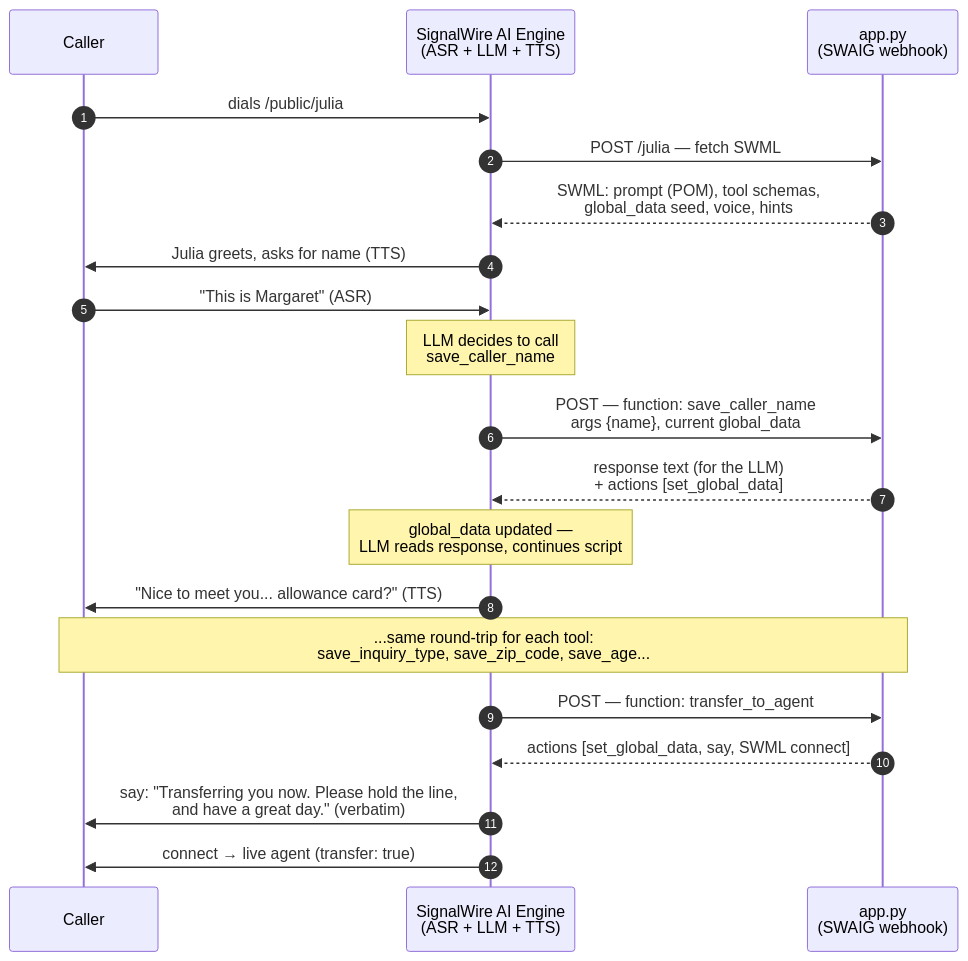
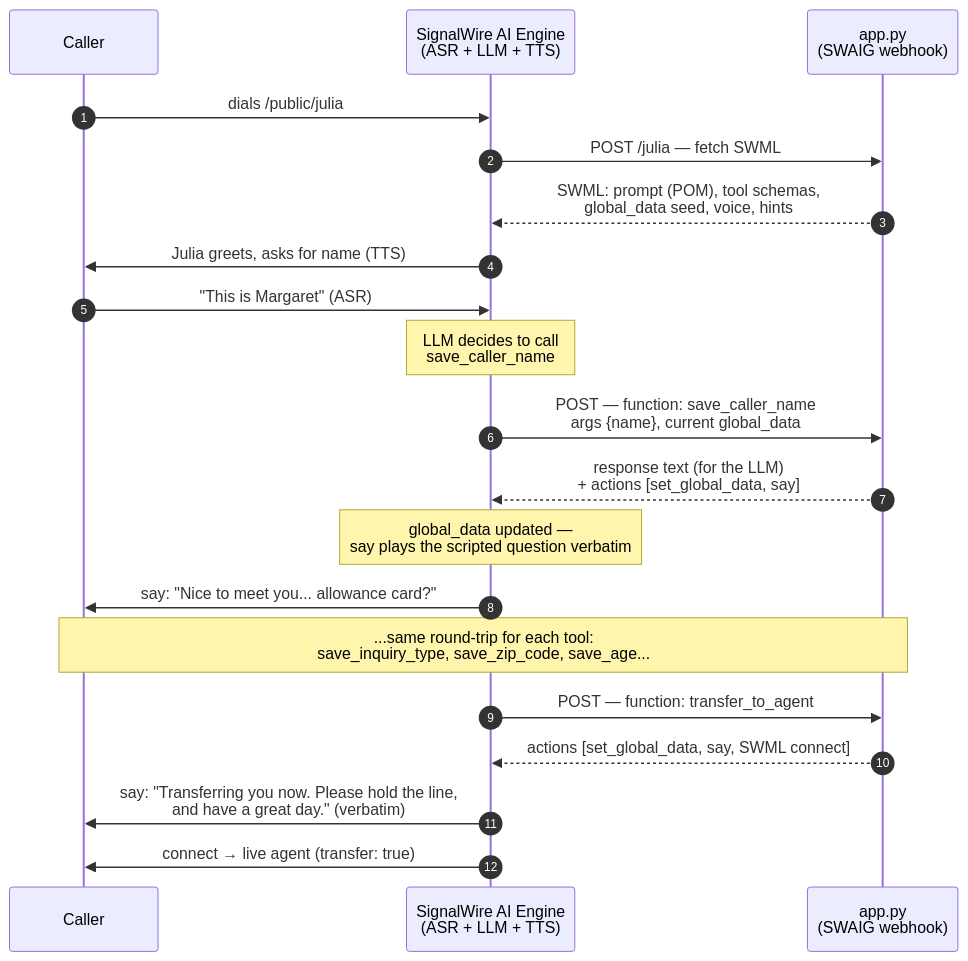
One commit to briankwest/agent changed the third of 5 diagrams in README.md. Above: the diagram before and after it, drawn with Mermaid. The commit also changed other lines of this file and 1 other file, not shown here.

First line of the commit message:
Prompt hygiene, scripted say actions, and tool fillers

````diff
--- a/README.md
+++ b/README.md
@@ -86,23 +88,23 @@
 ```mermaid
 sequenceDiagram
     autonumber
     participant C as Caller
     participant SW as SignalWire AI Engine<br/>(ASR + LLM + TTS)
     participant App as app.py<br/>(SWAIG webhook)
 
     C->>SW: dials /public/julia
     SW->>App: POST /julia — fetch SWML
     App-->>SW: SWML: prompt (POM), tool schemas,<br/>global_data seed, voice, hints
     SW->>C: Julia greets, asks for name (TTS)
     C->>SW: "This is Margaret" (ASR)
     Note over SW: LLM decides to call<br/>save_caller_name
     SW->>App: POST — function: save_caller_name<br/>args {name}, current global_data
-    App-->>SW: response text (for the LLM)<br/>+ actions [set_global_data]
-    Note over SW: global_data updated —<br/>LLM reads response, continues script
-    SW->>C: "Nice to meet you... allowance card?" (TTS)
+    App-->>SW: response text (for the LLM)<br/>+ actions [set_global_data, say]
+    Note over SW: global_data updated —<br/>say plays the scripted question verbatim
+    SW->>C: say: "Nice to meet you... allowance card?"
     Note over C,App: ...same round-trip for each tool:<br/>save_inquiry_type, save_zip_code, save_age...
     SW->>App: POST — function: transfer_to_agent
     App-->>SW: actions [set_global_data, say, SWML connect]
     SW->>C: say: "Transferring you now. Please hold the line,<br/>and have a great day." (verbatim)
     SW->>C: connect → live agent (transfer: true)
 ```
````
